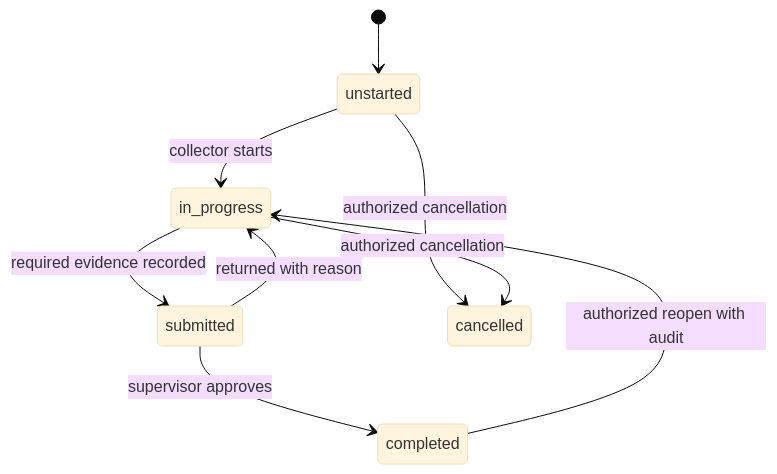
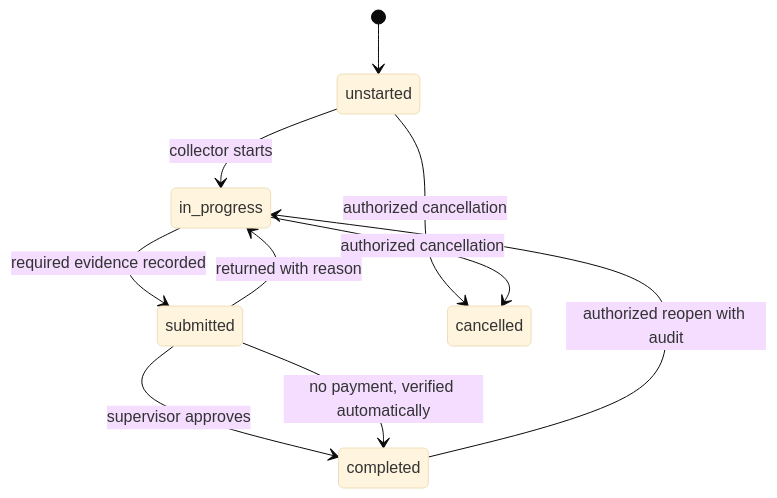
The fourth of 6 diagrams in Module.md (farisintexcode/Nexora-Project), drawn with Mermaid (base theme) before and after one commit. The commit also changed other lines of this file and 3 other files, not shown here.

````diff
--- a/Module.md
+++ b/Module.md
@@ -309,11 +310,12 @@
 ```mermaid
 stateDiagram-v2
     [*] --> unstarted
     unstarted --> in_progress: collector starts
     in_progress --> submitted: required evidence recorded
     submitted --> completed: supervisor approves
+    submitted --> completed: no payment, verified automatically
     submitted --> in_progress: returned with reason
     unstarted --> cancelled: authorized cancellation
     in_progress --> cancelled: authorized cancellation
     completed --> in_progress: authorized reopen with audit
 ```
````
